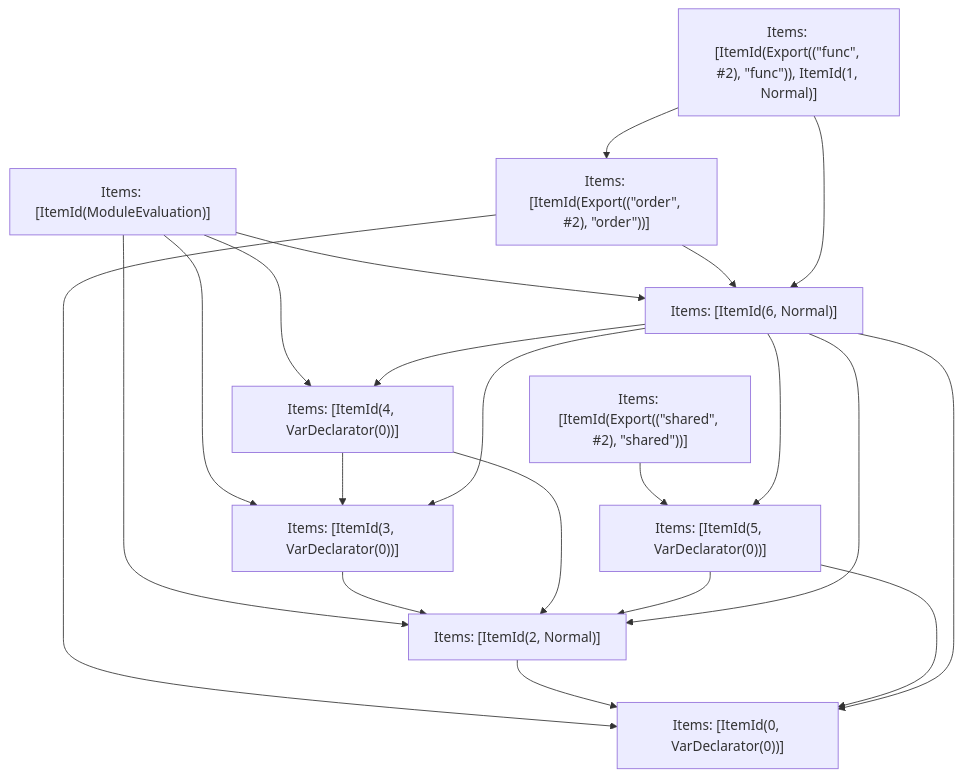
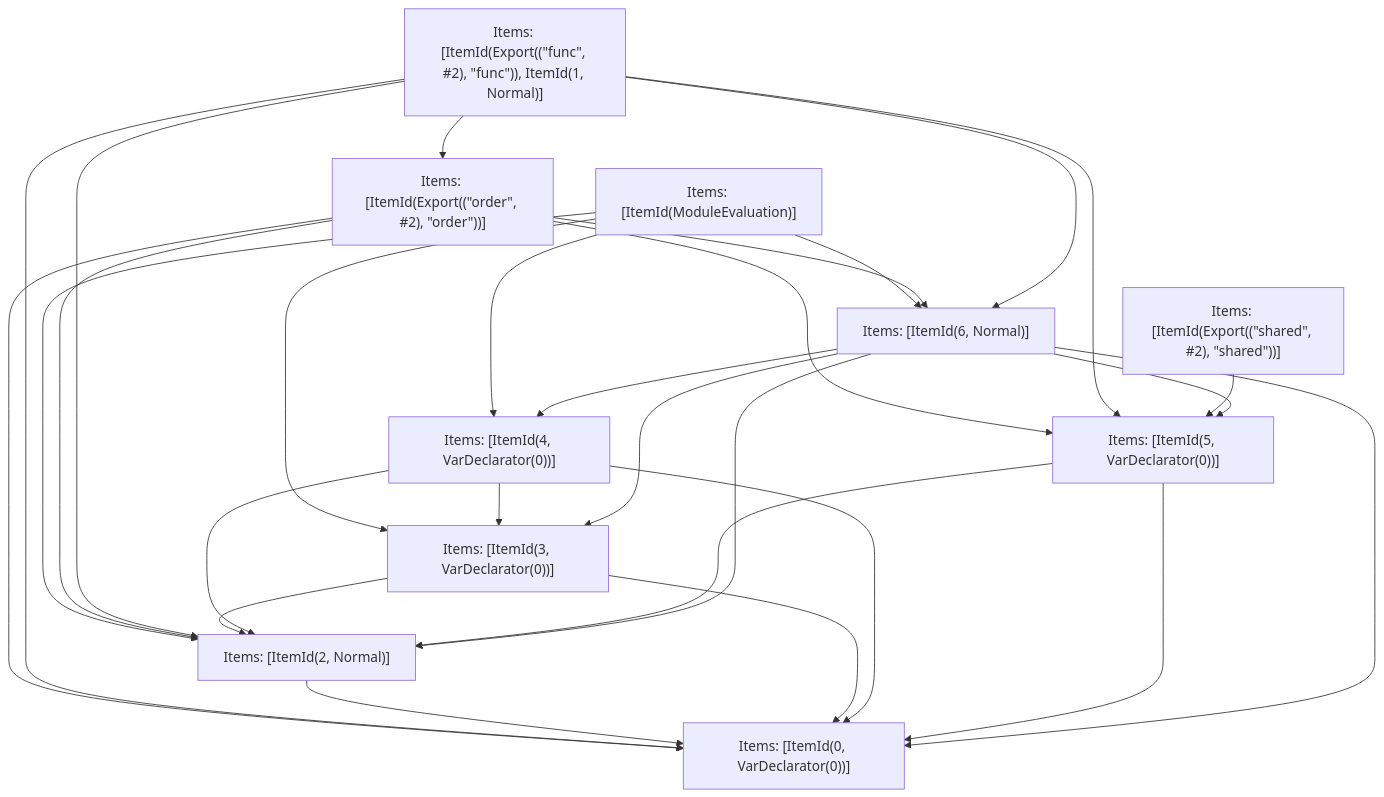
The fifth of 5 diagrams in crates/turbopack-ecmascript/tests/tree-shaker/analyzer/write-order/output.md (vercel/turborepo), drawn with Mermaid before and after one commit. The commit also changed other lines of this file and 9 other files, not shown here.

````diff
--- a/crates/turbopack-ecmascript/tests/tree-shaker/analyzer/write-order/output.md
+++ b/crates/turbopack-ecmascript/tests/tree-shaker/analyzer/write-order/output.md
@@ -217,33 +235,40 @@
 ```mermaid
 graph TD
     N0["Items: [ItemId(ModuleEvaluation)]"];
     N1["Items: [ItemId(Export((&quot;order&quot;, #2), &quot;order&quot;))]"];
     N2["Items: [ItemId(Export((&quot;func&quot;, #2), &quot;func&quot;)), ItemId(1, Normal)]"];
     N3["Items: [ItemId(Export((&quot;shared&quot;, #2), &quot;shared&quot;))]"];
     N4["Items: [ItemId(0, VarDeclarator(0))]"];
     N5["Items: [ItemId(2, Normal)]"];
     N6["Items: [ItemId(3, VarDeclarator(0))]"];
     N7["Items: [ItemId(4, VarDeclarator(0))]"];
     N8["Items: [ItemId(5, VarDeclarator(0))]"];
     N9["Items: [ItemId(6, Normal)]"];
     N0 --> N5;
     N0 --> N6;
     N0 --> N7;
     N0 --> N9;
+    N1 --> N4;
+    N1 --> N5;
+    N1 --> N8;
     N1 --> N9;
-    N1 --> N4;
+    N2 --> N4;
+    N2 --> N5;
+    N2 --> N8;
     N2 --> N9;
     N2 --> N1;
     N3 --> N8;
     N5 --> N4;
     N6 --> N5;
+    N6 --> N4;
     N7 --> N5;
     N7 --> N6;
+    N7 --> N4;
+    N8 --> N4;
     N8 --> N5;
-    N8 --> N4;
-    N9 --> N8;
     N9 --> N4;
     N9 --> N5;
+    N9 --> N8;
     N9 --> N6;
     N9 --> N7;
 ```
````
